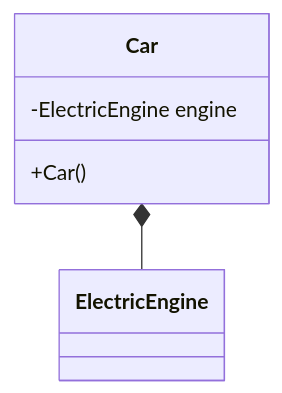
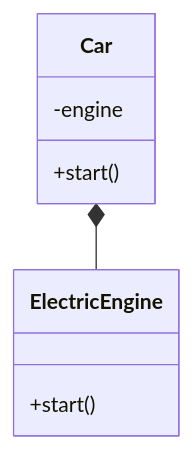
The seventh of 17 diagrams in lectures/Lec1/vitepress.md (Kert0n/KPO), drawn with Mermaid before and after one commit. The commit also changed other lines of this file and 3 other files, not shown here.

````diff
--- a/lectures/Lec1/vitepress.md
+++ b/lectures/Lec1/vitepress.md
@@ -223,9 +516,11 @@
 ```mermaid
 classDiagram
     class Car {
-        -ElectricEngine engine
-        +Car()
+        -engine
+        +start()
     }
-    class ElectricEngine
+    class ElectricEngine {
+        +start()
+    }
     Car *-- ElectricEngine
 ```
````
